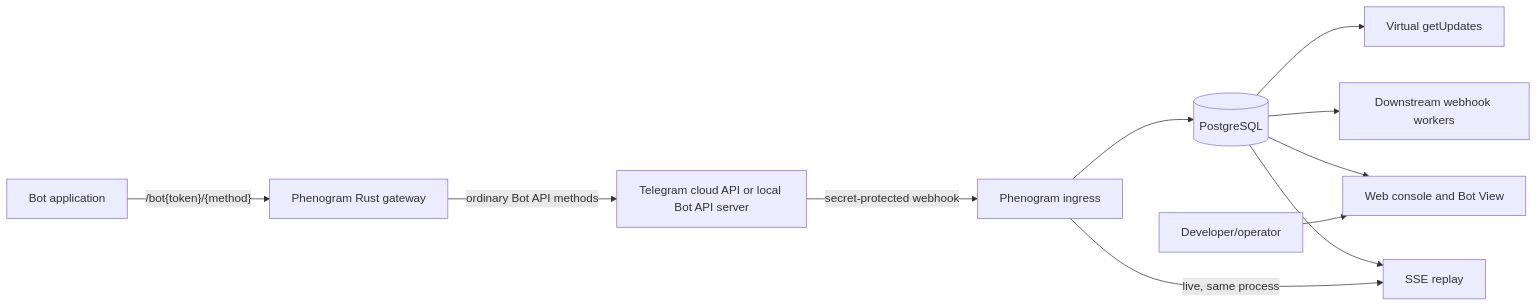
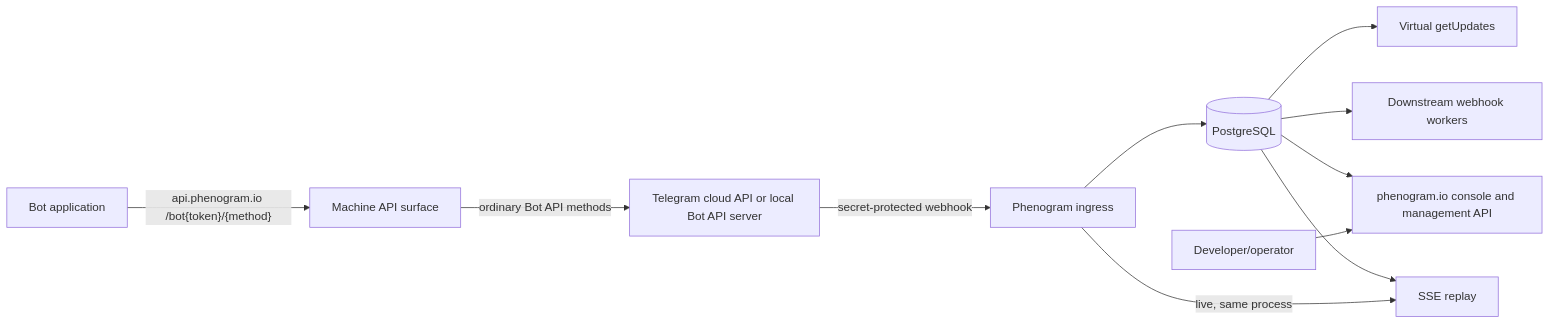
Before and after one commit to phenogram/platform: the diagram in README.md, drawn with Mermaid. The commit also changed other lines of this file and 17 other files, not shown here.

Commit message:
Separate web console from bot API origin

````diff
--- a/README.md
+++ b/README.md
@@ -22,13 +22,13 @@
 ```mermaid
 flowchart LR
-    D["Bot application"] -->|"/bot{token}/{method}"| P["Phenogram Rust gateway"]
+    D["Bot application"] -->|"api.phenogram.io /bot{token}/{method}"| P["Machine API surface"]
     P -->|"ordinary Bot API methods"| T["Telegram cloud API or local Bot API server"]
     T -->|"secret-protected webhook"| I["Phenogram ingress"]
     I --> DB[("PostgreSQL")]
     DB --> G["Virtual getUpdates"]
     DB --> W["Downstream webhook workers"]
-    DB --> V["Web console and Bot View"]
+    DB --> V["phenogram.io console and management API"]
     DB --> S["SSE replay"]
     I -->|"live, same process"| S
     O["Developer/operator"] --> V
 ```
````
